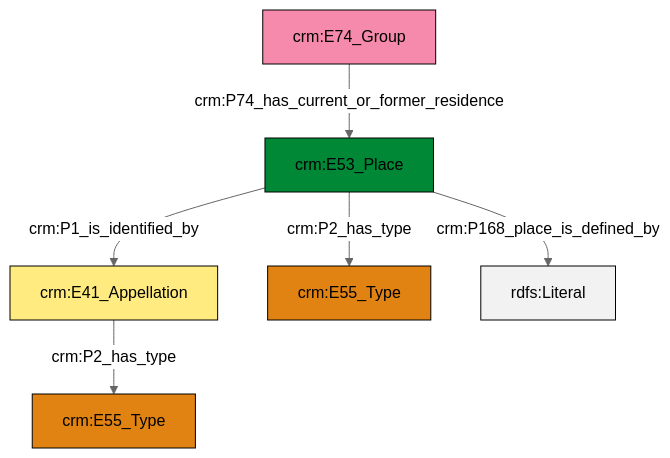
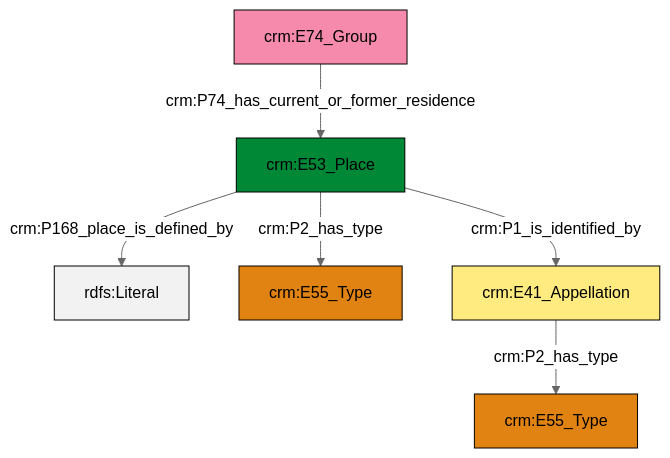
The diagram in et/groupCSV/ttl/mmd/group_location.ttl.mmd (swiss-art-research-net/docs.swissartresearch), drawn with Mermaid (neutral theme) before and after one commit. The commit also changed 182 other files, not shown here.

```diff
--- a/et/groupCSV/ttl/mmd/group_location.ttl.mmd
+++ b/et/groupCSV/ttl/mmd/group_location.ttl.mmd
@@ -1,20 +1,20 @@
 graph TD
 classDef Literal fill:#f2f2f2,stroke:#000000;
 classDef CRM_Entity fill:#FFFFFF,stroke:#000000;
 classDef Temporal_Entity fill:#00C9E6, stroke:#000000;
 classDef Type fill:#E18312, stroke:#000000;
 classDef Time-Span fill:#2C9C91, stroke:#000000;
 classDef Appellation fill:#FFEB7F, stroke:#000000;
 classDef Place fill:#008836, stroke:#000000;
 classDef Persistent_Item fill:#B266B2, stroke:#000000;
 classDef Conceptual_Object fill:#FFD700, stroke:#000000;
 classDef Physical_Thing fill:#D2B48C, stroke:#000000;
 classDef Actor fill:#f58aad, stroke:#000000;
 classDef PC_Classes fill:#4ce600, stroke:#000000;
 classDef Multi fill:#cccccc,stroke:#000000;
 
-4["crm:E53_Place"]:::Place -->|crm:P2_has_type| 2["crm:E55_Type"]:::Type
-4["crm:E53_Place"]:::Place -->|crm:P1_is_identified_by| 0["crm:E41_Appellation"]:::Appellation
-4["crm:E53_Place"]:::Place -->|crm:P168_place_is_defined_by| 7[rdfs:Literal]:::Literal
-8["crm:E74_Group"]:::Actor -->|crm:P74_has_current_or_former_residence| 4["crm:E53_Place"]:::Place
-0["crm:E41_Appellation"]:::Appellation -->|crm:P2_has_type| 5["crm:E55_Type"]:::Type
+0["crm:E53_Place"]:::Place -->|crm:P168_place_is_defined_by| 1[rdfs:Literal]:::Literal
+0["crm:E53_Place"]:::Place -->|crm:P2_has_type| 2["crm:E55_Type"]:::Type
+0["crm:E53_Place"]:::Place -->|crm:P1_is_identified_by| 3["crm:E41_Appellation"]:::Appellation
+3["crm:E41_Appellation"]:::Appellation -->|crm:P2_has_type| 9["crm:E55_Type"]:::Type
+5["crm:E74_Group"]:::Actor -->|crm:P74_has_current_or_former_residence| 0["crm:E53_Place"]:::Place
```
